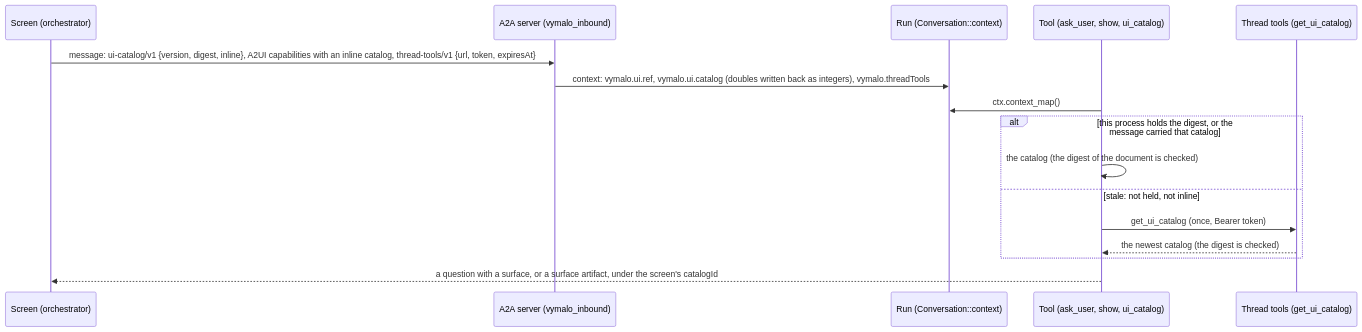
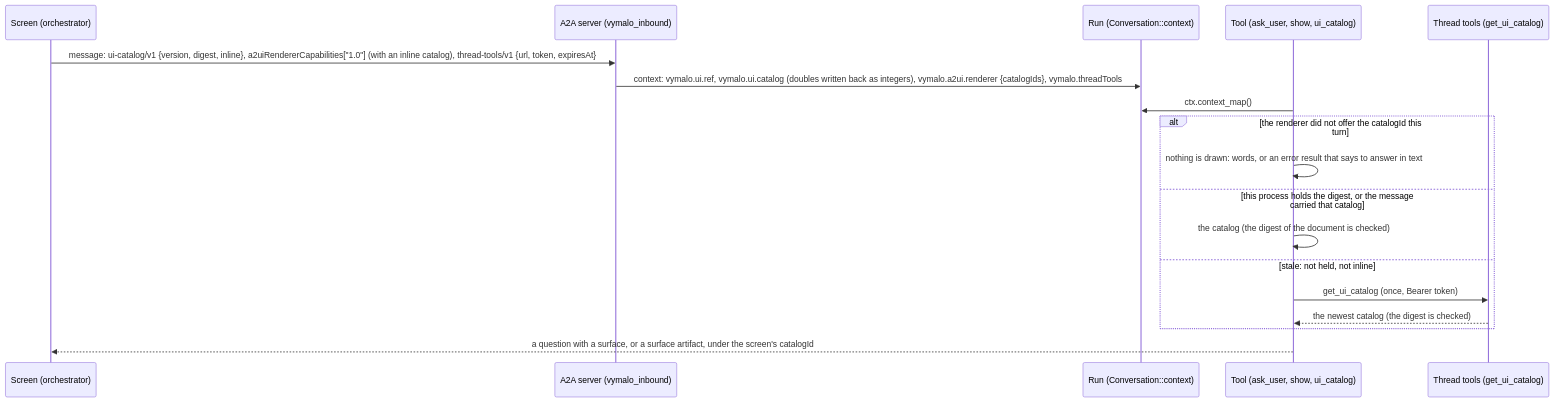
The first of 2 diagrams in crates/adam-ui/README.md (vymalo/another-adam-rs), drawn with Mermaid before and after one commit. The commit also changed other lines of this file and 26 other files, not shown here.

First line of the commit message:
feat(runtime): draw only what the renderer offers this turn (A1c)

````diff
--- a/crates/adam-ui/README.md
+++ b/crates/adam-ui/README.md
@@ -343,18 +351,20 @@
 ```mermaid
 sequenceDiagram
     participant S as Screen (orchestrator)
     participant A as A2A server (vymalo_inbound)
     participant R as Run (Conversation::context)
     participant T as Tool (ask_user, show, ui_catalog)
     participant E as Thread tools (get_ui_catalog)
-    S->>A: message: ui-catalog/v1 {version, digest, inline}, A2UI capabilities with an inline catalog, thread-tools/v1 {url, token, expiresAt}
-    A->>R: context: vymalo.ui.ref, vymalo.ui.catalog (doubles written back as integers), vymalo.threadTools
+    S->>A: message: ui-catalog/v1 {version, digest, inline}, a2uiRendererCapabilities["1.0"] (with an inline catalog), thread-tools/v1 {url, token, expiresAt}
+    A->>R: context: vymalo.ui.ref, vymalo.ui.catalog (doubles written back as integers), vymalo.a2ui.renderer {catalogIds}, vymalo.threadTools
     T->>R: ctx.context_map()
-    alt this process holds the digest, or the message carried that catalog
+    alt the renderer did not offer the catalogId this turn
+        T->>T: nothing is drawn: words, or an error result that says to answer in text
+    else this process holds the digest, or the message carried that catalog
         T->>T: the catalog (the digest of the document is checked)
     else stale: not held, not inline
         T->>E: get_ui_catalog (once, Bearer token)
         E-->>T: the newest catalog (the digest is checked)
     end
     T-->>S: a question with a surface, or a surface artifact, under the screen's catalogId
 ```
````
